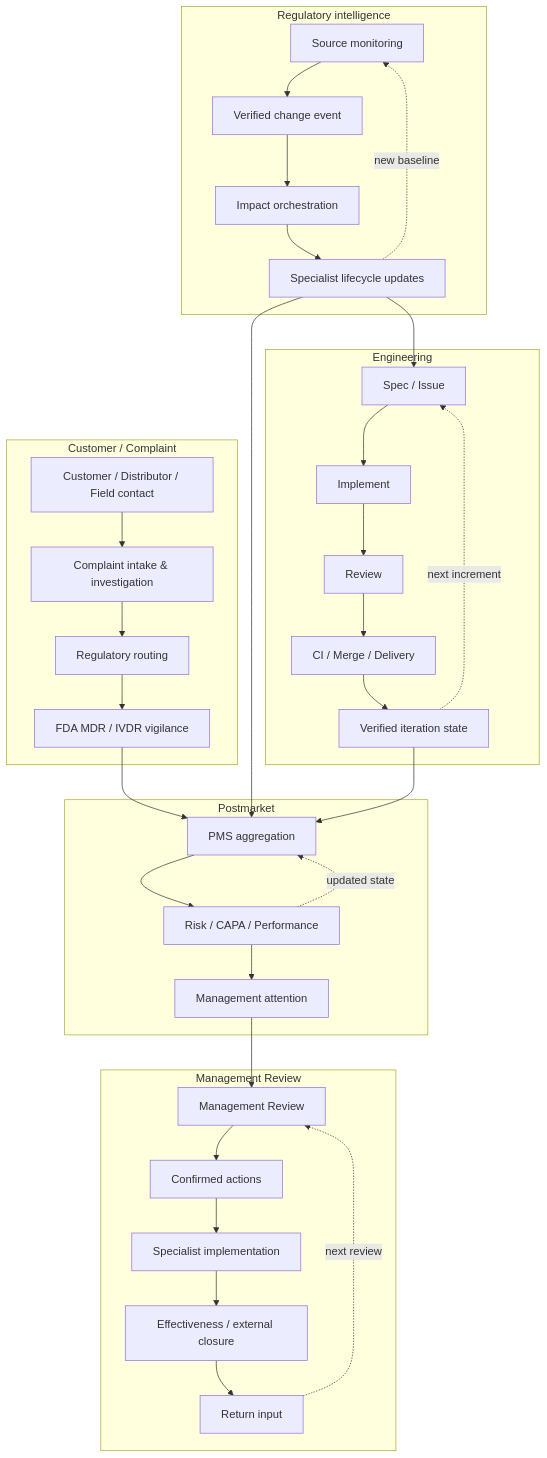
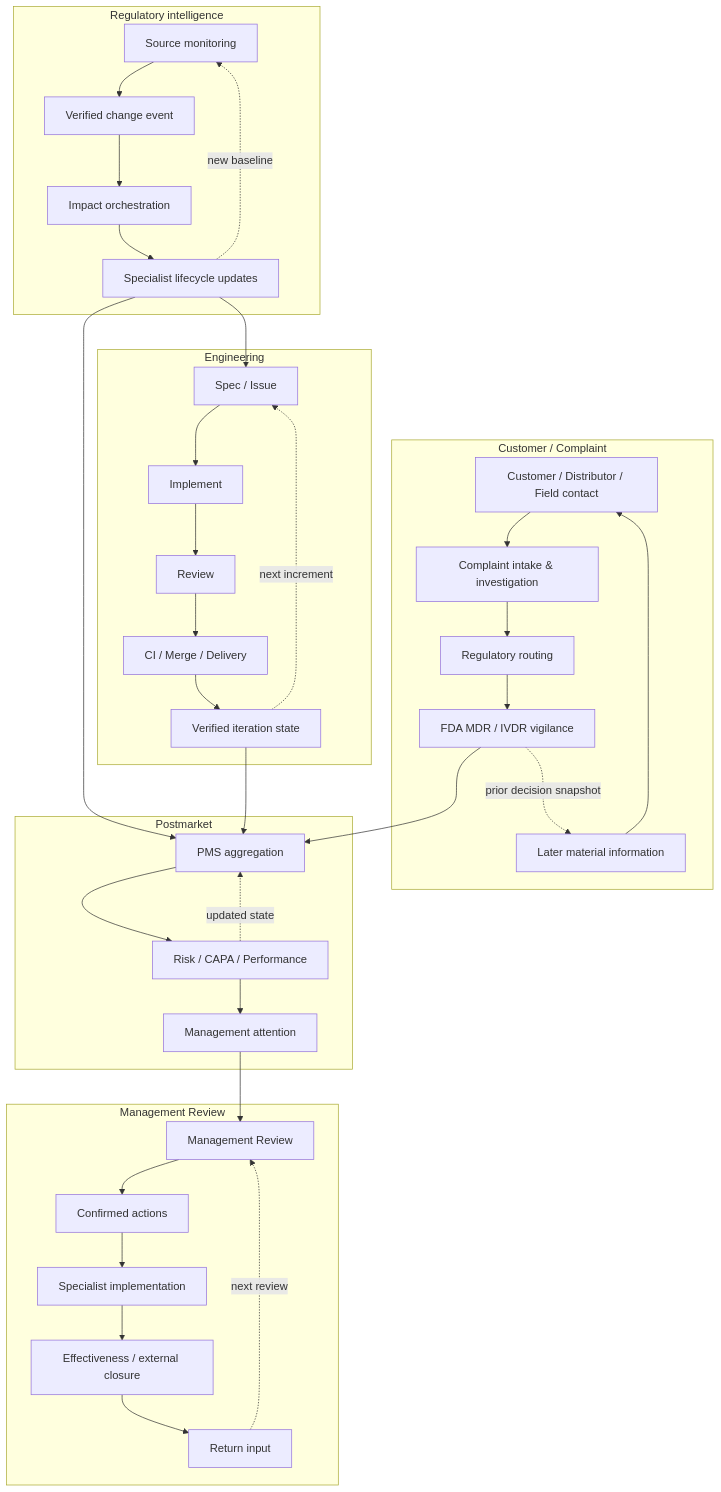
One commit to GithubLarsKomo/skillz changed the sixth of 6 diagrams in docs/SKILL-UNIVERSE.md. Above: the diagram before and after it, drawn with Mermaid. The commit also changed other lines of this file, not shown here.

````diff
--- a/docs/SKILL-UNIVERSE.md
+++ b/docs/SKILL-UNIVERSE.md
@@ -327,32 +349,34 @@
 ```mermaid
 flowchart TB
     subgraph ELOOP[Engineering]
         E1[Spec / Issue] --> E2[Implement] --> E3[Review] --> E4[CI / Merge / Delivery] --> E5[Verified iteration state]
         E5 -. next increment .-> E1
     end
 
     subgraph CLOOP[Customer / Complaint]
         C1[Customer / Distributor / Field contact] --> C2[Complaint intake & investigation] --> C3[Regulatory routing] --> C4[FDA MDR / IVDR vigilance]
+        C4 -. prior decision snapshot .-> C5[Later material information]
+        C5 --> C1
     end
 
     subgraph PLOOP[Postmarket]
         P1[PMS aggregation] --> P2[Risk / CAPA / Performance] --> P3[Management attention]
         P2 -. updated state .-> P1
     end
 
     subgraph MLOOP[Management Review]
         M1[Management Review] --> M2[Confirmed actions] --> M3[Specialist implementation] --> M4[Effectiveness / external closure] --> M5[Return input]
         M5 -. next review .-> M1
     end
 
     subgraph RLOOP[Regulatory intelligence]
         R1[Source monitoring] --> R2[Verified change event] --> R3[Impact orchestration] --> R4[Specialist lifecycle updates]
         R4 -. new baseline .-> R1
     end
 
     C4 --> P1
     P3 --> M1
     R4 --> P1
     R4 --> E1
     E5 --> P1
 ```
````
